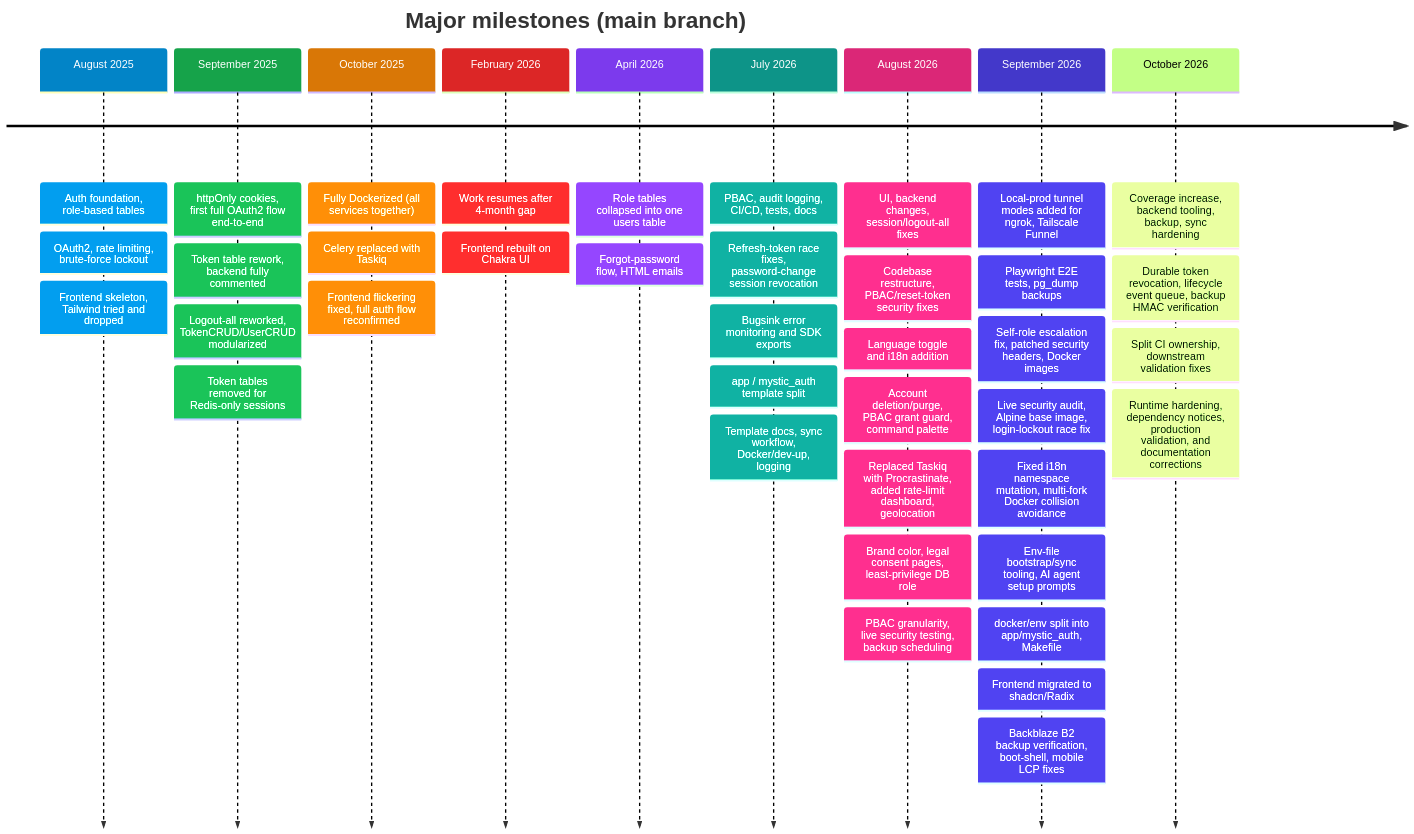
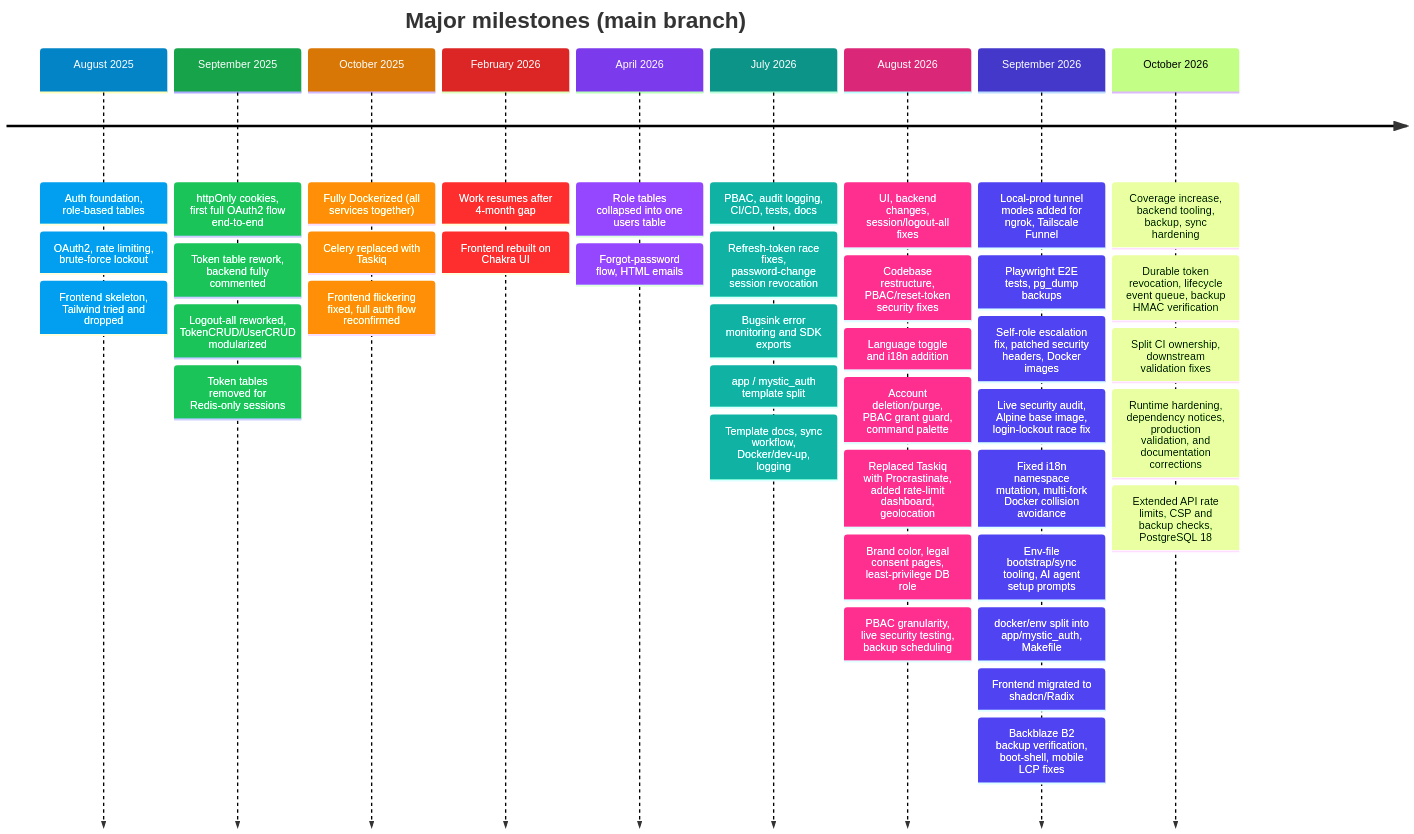
The diagram in docs/mystic_auth/project-story/timeline/README.md (Nachiket-2024/mystic-auth), drawn with Mermaid before and after one commit. The commit also changed other lines of this file and 94 other files, not shown here.

Commit message:
Extended API rate limits, added CSP, backup checks, upgraded PostgreSQL to 18

````diff
--- a/docs/mystic_auth/project-story/timeline/README.md
+++ b/docs/mystic_auth/project-story/timeline/README.md
@@ -39,44 +39,45 @@
 ```mermaid
 %%{init: {"themeVariables":{"fontSize":"16px","lineColor":"#334155","cScale0":"#0284c7","cScale1":"#16a34a","cScale2":"#d97706","cScale3":"#dc2626","cScale4":"#7c3aed","cScale5":"#0d9488","cScale6":"#db2777","cScale7":"#4338ca","cScaleLabel0":"#ffffff","cScaleLabel1":"#ffffff","cScaleLabel2":"#ffffff","cScaleLabel3":"#ffffff","cScaleLabel4":"#ffffff","cScaleLabel5":"#ffffff","cScaleLabel6":"#ffffff","cScaleLabel7":"#ffffff"}} }%%
 timeline
     title Major milestones (main branch)
     August 2025: Auth foundation, role-based tables
                 : OAuth2, rate limiting, brute-force lockout
                 : Frontend skeleton, Tailwind tried and dropped
     September 2025: httpOnly cookies, first full OAuth2 flow end-to-end
                    : Token table rework, backend fully commented
                    : Logout-all reworked, TokenCRUD/UserCRUD modularized
                    : Token tables removed for Redis-only sessions
     October 2025: Fully Dockerized (all services together)
                  : Celery replaced with Taskiq
                  : Frontend flickering fixed, full auth flow reconfirmed
     February 2026: Work resumes after 4-month gap
                   : Frontend rebuilt on Chakra UI
     April 2026: Role tables collapsed into one users table
                : Forgot-password flow, HTML emails
     July 2026: PBAC, audit logging, CI/CD, tests, docs
               : Refresh-token race fixes, password-change session revocation
               : Bugsink error monitoring and SDK exports
               : app / mystic_auth template split
               : Template docs, sync workflow, Docker/dev-up, logging
     August 2026: UI, backend changes, session/logout-all fixes
                 : Codebase restructure, PBAC/reset-token security fixes
                 : Language toggle and i18n addition
                 : Account deletion/purge, PBAC grant guard, command palette
                 : Replaced Taskiq with Procrastinate, added rate-limit dashboard, geolocation
                 : Brand color, legal consent pages, least-privilege DB role
                 : PBAC granularity, live security testing, backup scheduling
     September 2026: Local-prod tunnel modes added for ngrok, Tailscale Funnel
                    : Playwright E2E tests, pg_dump backups
                    : Self-role escalation fix, patched security headers, Docker images
                    : Live security audit, Alpine base image, login-lockout race fix
                    : Fixed i18n namespace mutation, multi-fork Docker collision avoidance
                    : Env-file bootstrap/sync tooling, AI agent setup prompts
                    : docker/env split into app/mystic_auth, Makefile
                    : Frontend migrated to shadcn/Radix
                    : Backblaze B2 backup verification, boot-shell, mobile LCP fixes
     October 2026: Coverage increase, backend tooling, backup, sync hardening
                   : Durable token revocation, lifecycle event queue, backup HMAC verification
                   : Split CI ownership, downstream validation fixes
                   : Runtime hardening, dependency notices, production validation, and documentation corrections
+                  : Extended API rate limits, CSP and backup checks, PostgreSQL 18
 ```
````
